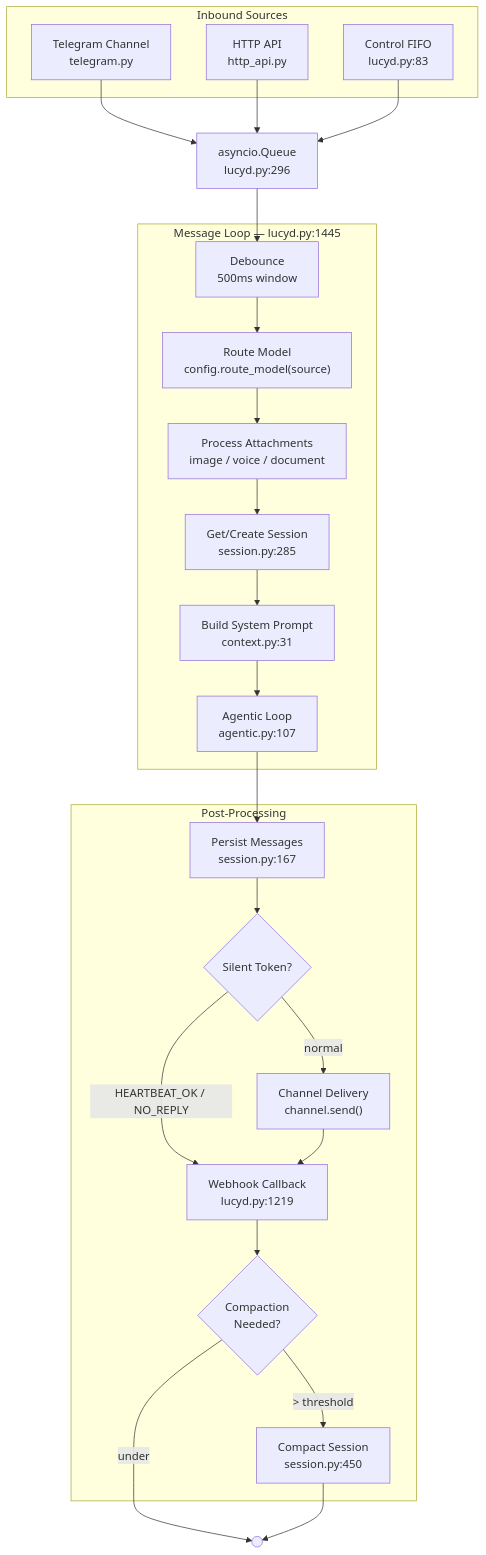
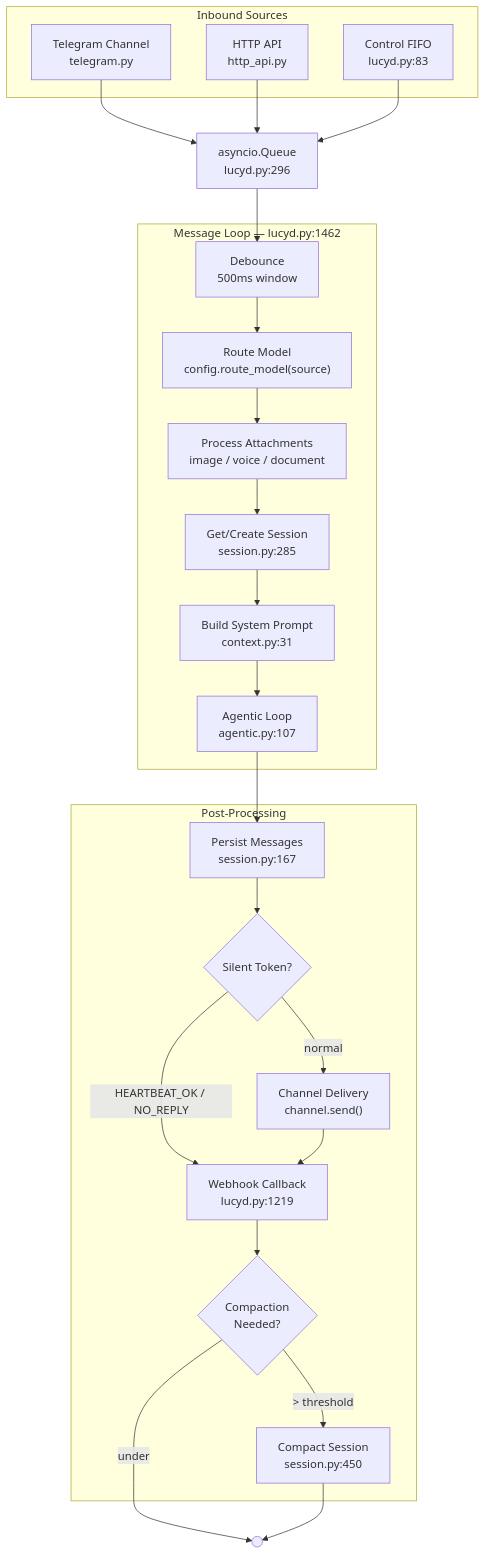
Before and after one commit to nicolasforstinger/lucyd: the first of 8 diagrams in docs/diagrams.md, drawn with Mermaid. The commit also changed other lines of this file and 23 other files, not shown here.

````diff
--- a/docs/diagrams.md
+++ b/docs/diagrams.md
@@ -11,40 +11,40 @@
 ```mermaid
 flowchart TD
     subgraph Sources["Inbound Sources"]
         TG["Telegram Channel<br/>telegram.py"]
         HTTP["HTTP API<br/>http_api.py"]
         FIFO["Control FIFO<br/>lucyd.py:83"]
     end
 
     Q["asyncio.Queue<br/>lucyd.py:296"]
 
-    subgraph Loop["Message Loop — lucyd.py:1445"]
+    subgraph Loop["Message Loop — lucyd.py:1462"]
         DEB["Debounce<br/>500ms window"]
         ROUTE["Route Model<br/>config.route_model(source)"]
         MEDIA["Process Attachments<br/>image / voice / document"]
         SESSION["Get/Create Session<br/>session.py:285"]
         CTX["Build System Prompt<br/>context.py:31"]
         AGENTIC["Agentic Loop<br/>agentic.py:107"]
     end
 
     subgraph Post["Post-Processing"]
         PERSIST["Persist Messages<br/>session.py:167"]
         SILENT{"Silent Token?"}
         DELIVER["Channel Delivery<br/>channel.send()"]
         WEBHOOK["Webhook Callback<br/>lucyd.py:1219"]
         COMPACT{"Compaction<br/>Needed?"}
         DO_COMPACT["Compact Session<br/>session.py:450"]
     end
 
     TG --> Q
     HTTP --> Q
     FIFO --> Q
     Q --> DEB --> ROUTE --> MEDIA --> SESSION --> CTX --> AGENTIC
     AGENTIC --> PERSIST --> SILENT
     SILENT -->|"HEARTBEAT_OK / NO_REPLY"| WEBHOOK
     SILENT -->|normal| DELIVER --> WEBHOOK
     WEBHOOK --> COMPACT
     COMPACT -->|"> threshold"| DO_COMPACT
     COMPACT -->|under| END(( ))
     DO_COMPACT --> END
 ```
````
